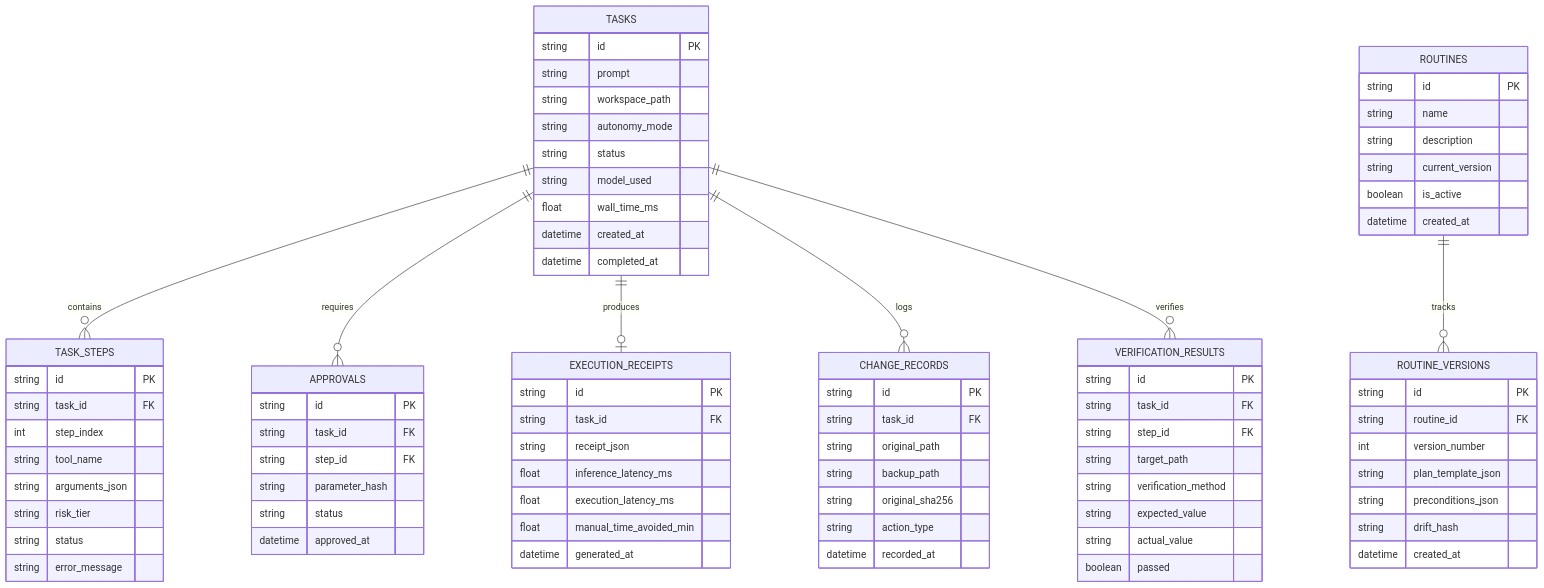
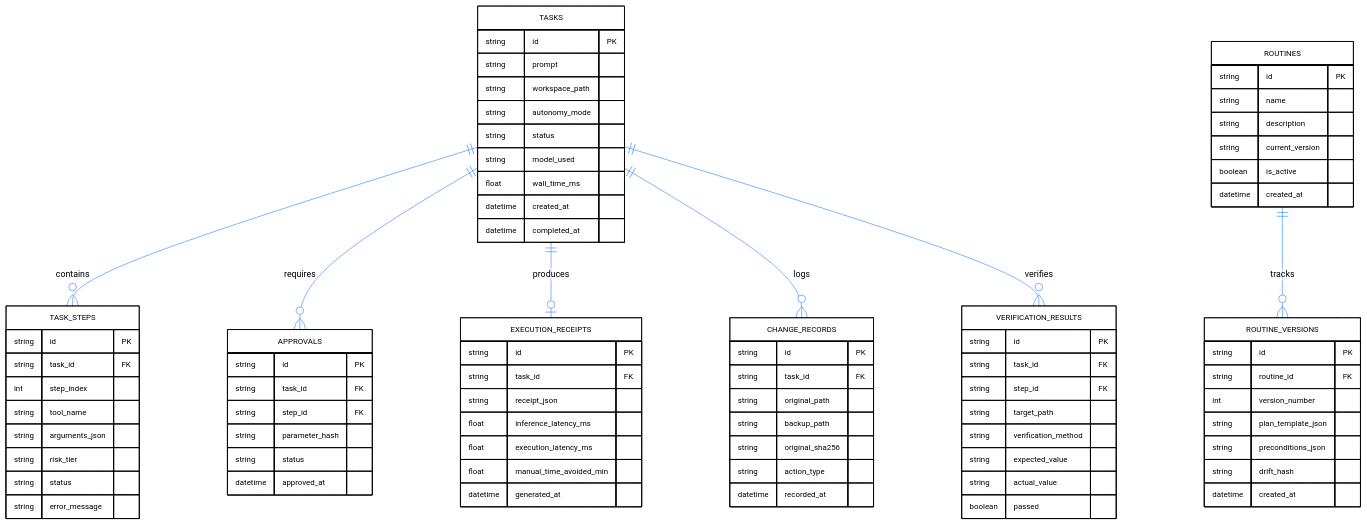
Before and after one commit to arnab825/LazyLoop-Ai: the diagram in docs/diagrams/database_relationships.mmd, drawn with Mermaid. The commit also changed 3 other files, not shown here.

Commit message:
feat: add boundaries Mermaid architecture diagram

```diff
--- a/docs/diagrams/database_relationships.mmd
+++ b/docs/diagrams/database_relationships.mmd
@@ -1,89 +1,101 @@
+%%{init: {
+  'theme': 'base',
+  'themeVariables': {
+    'primaryColor': '#FFFFFF',
+    'primaryBorderColor': '#000000',
+    'primaryTextColor': '#000000',
+    'lineColor': '#388BFD',
+    'textColor': '#000000',
+    'fontFamily': 'system-ui, -apple-system, sans-serif',
+    'fontSize': '12.5px'
+  }
+}}%%
 erDiagram
     TASKS ||--o{ TASK_STEPS : contains
     TASKS ||--o{ APPROVALS : requires
     TASKS ||--o| EXECUTION_RECEIPTS : produces
     TASKS ||--o{ CHANGE_RECORDS : logs
     TASKS ||--o{ VERIFICATION_RESULTS : verifies
 
     TASKS {
         string id PK
         string prompt
         string workspace_path
         string autonomy_mode
         string status
         string model_used
         float wall_time_ms
         datetime created_at
         datetime completed_at
     }
 
     TASK_STEPS {
         string id PK
         string task_id FK
         int step_index
         string tool_name
         string arguments_json
         string risk_tier
         string status
         string error_message
     }
 
     APPROVALS {
         string id PK
         string task_id FK
         string step_id FK
         string parameter_hash
         string status
         datetime approved_at
     }
 
     CHANGE_RECORDS {
         string id PK
         string task_id FK
         string original_path
         string backup_path
         string original_sha256
         string action_type
         datetime recorded_at
     }
 
     VERIFICATION_RESULTS {
         string id PK
         string task_id FK
         string step_id FK
         string target_path
         string verification_method
         string expected_value
         string actual_value
         boolean passed
     }
 
     EXECUTION_RECEIPTS {
         string id PK
         string task_id FK
         string receipt_json
         float inference_latency_ms
         float execution_latency_ms
         float manual_time_avoided_min
         datetime generated_at
     }
 
     ROUTINES ||--o{ ROUTINE_VERSIONS : tracks
     ROUTINES {
         string id PK
         string name
         string description
         string current_version
         boolean is_active
         datetime created_at
     }
 
     ROUTINE_VERSIONS {
         string id PK
         string routine_id FK
         int version_number
         string plan_template_json
         string preconditions_json
         string drift_hash
         datetime created_at
     }
```
